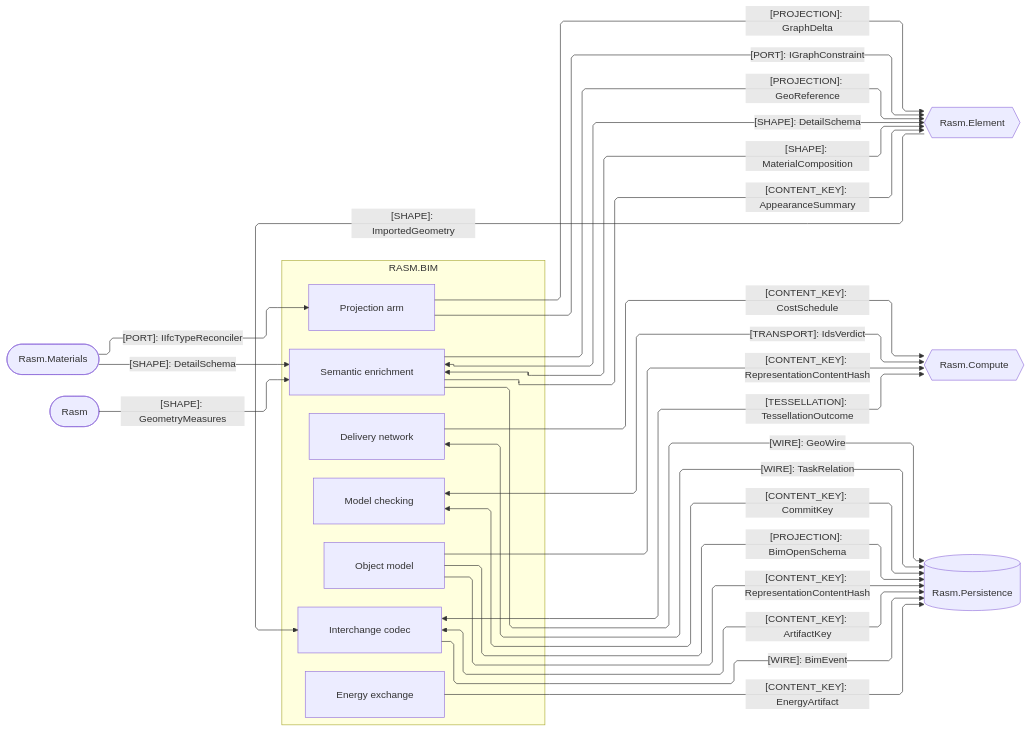
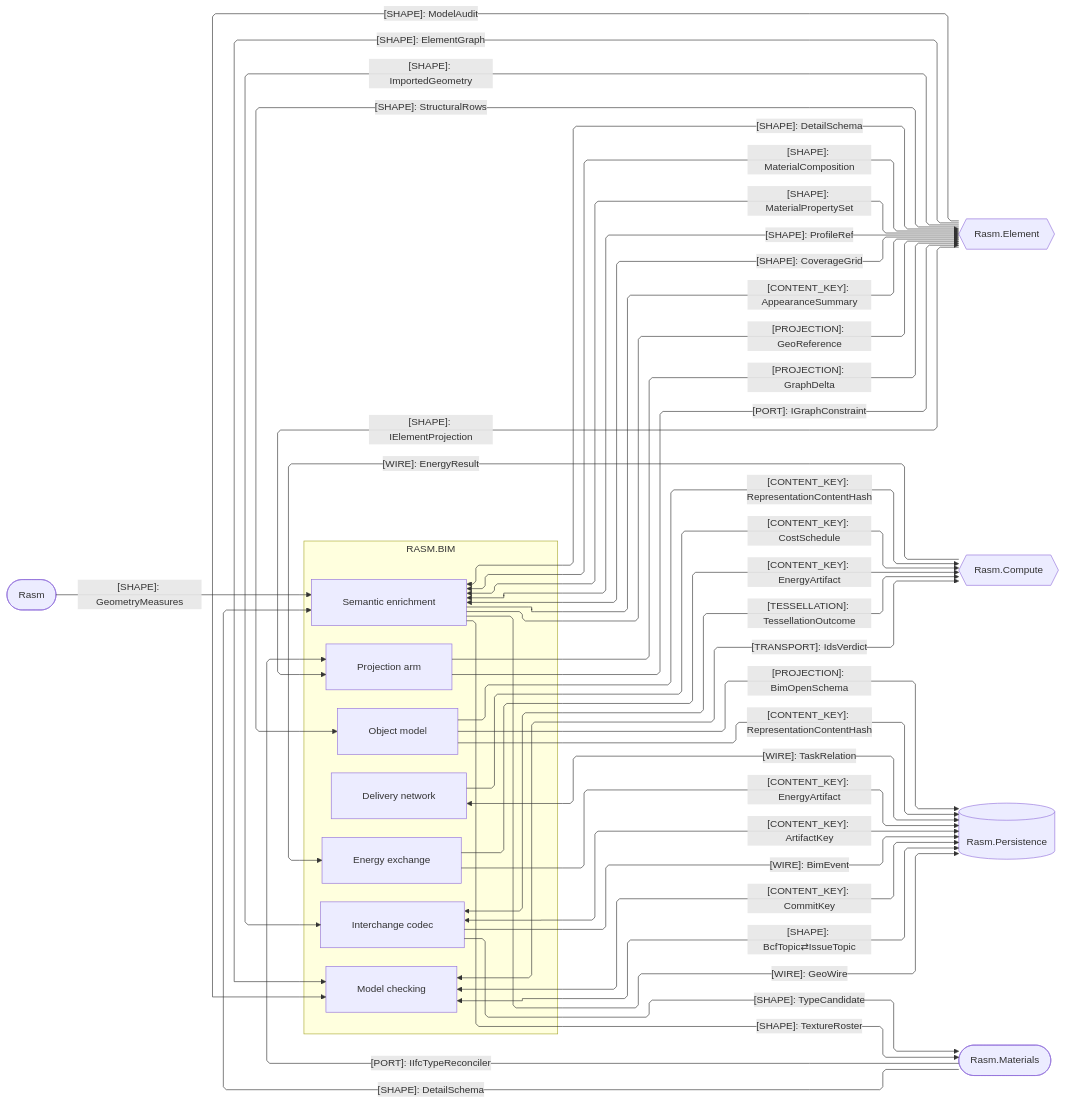
The second of 3 diagrams in libs/csharp/Rasm.Bim/ARCHITECTURE.md (bsamiee/Rasm), drawn with Mermaid before and after one commit. The commit also changed other lines of this file and 747 other files, not shown here.

````diff
--- a/libs/csharp/Rasm.Bim/ARCHITECTURE.md
+++ b/libs/csharp/Rasm.Bim/ARCHITECTURE.md
@@ -119,48 +121,60 @@
 ```mermaid
 ---
 config:
   layout: elk
   flowchart:
     curve: linear
     padding: 25
 ---
 flowchart LR
     accTitle: Bim same-branch domain and storage seams
     accDescr: Bim sub-domain owners exchanging projections, content keys, and tessellation with the same-branch AEC peers and the durable store.
     subgraph bim[RASM.BIM]
         Projection[Projection arm]
         Model[Object model]
         Semantics[Semantic enrichment]
         Exchange[Interchange codec]
         Review[Model checking]
         Energy[Energy exchange]
         Planning[Delivery network]
     end
     Element{{Rasm.Element}}
     Compute{{Rasm.Compute}}
     Persistence[(Rasm.Persistence)]
     Materials([Rasm.Materials])
     Rasm([Rasm])
+    Element -->|"[SHAPE]: IElementProjection"| Projection
     Projection -->|"[PROJECTION]: GraphDelta"| Element
     Projection -->|"[PORT]: IGraphConstraint"| Element
     Element -->|"[SHAPE]: ImportedGeometry"| Exchange
+    Element -->|"[SHAPE]: ElementGraph"| Review
     Semantics <-->|"[SHAPE]: DetailSchema"| Element
     Semantics <-->|"[SHAPE]: MaterialComposition"| Element
+    Semantics <-->|"[SHAPE]: MaterialPropertySet"| Element
+    Semantics <-->|"[SHAPE]: ProfileRef"| Element
+    Semantics <-->|"[SHAPE]: CoverageGrid"| Element
     Semantics -->|"[CONTENT_KEY]: AppearanceSummary"| Element
     Semantics -->|"[PROJECTION]: GeoReference"| Element
+    Element -->|"[SHAPE]: StructuralRows"| Model
+    Element -->|"[SHAPE]: ModelAudit"| Review
     Materials -->|"[PORT]: IIfcTypeReconciler"| Projection
+    Exchange -->|"[SHAPE]: TypeCandidate"| Materials
+    Semantics -->|"[SHAPE]: TextureRoster"| Materials
     Materials -->|"[SHAPE]: DetailSchema"| Semantics
     Rasm -->|"[SHAPE]: GeometryMeasures"| Semantics
     Model -->|"[CONTENT_KEY]: RepresentationContentHash"| Compute
     Exchange <-->|"[TESSELLATION]: TessellationOutcome"| Compute
     Review <-->|"[TRANSPORT]: IdsVerdict"| Compute
     Planning -->|"[CONTENT_KEY]: CostSchedule"| Compute
+    Energy -->|"[CONTENT_KEY]: EnergyArtifact"| Compute
+    Compute -->|"[WIRE]: EnergyResult"| Energy
     Model -->|"[PROJECTION]: BimOpenSchema"| Persistence
     Model -->|"[CONTENT_KEY]: RepresentationContentHash"| Persistence
     Exchange <-->|"[CONTENT_KEY]: ArtifactKey"| Persistence
     Exchange -->|"[WIRE]: BimEvent"| Persistence
     Review <-->|"[CONTENT_KEY]: CommitKey"| Persistence
+    Review <-->|"[SHAPE]: BcfTopic⇄IssueTopic"| Persistence
     Energy -->|"[CONTENT_KEY]: EnergyArtifact"| Persistence
     Planning <-->|"[WIRE]: TaskRelation"| Persistence
     Semantics -->|"[WIRE]: GeoWire"| Persistence
 ```
````
